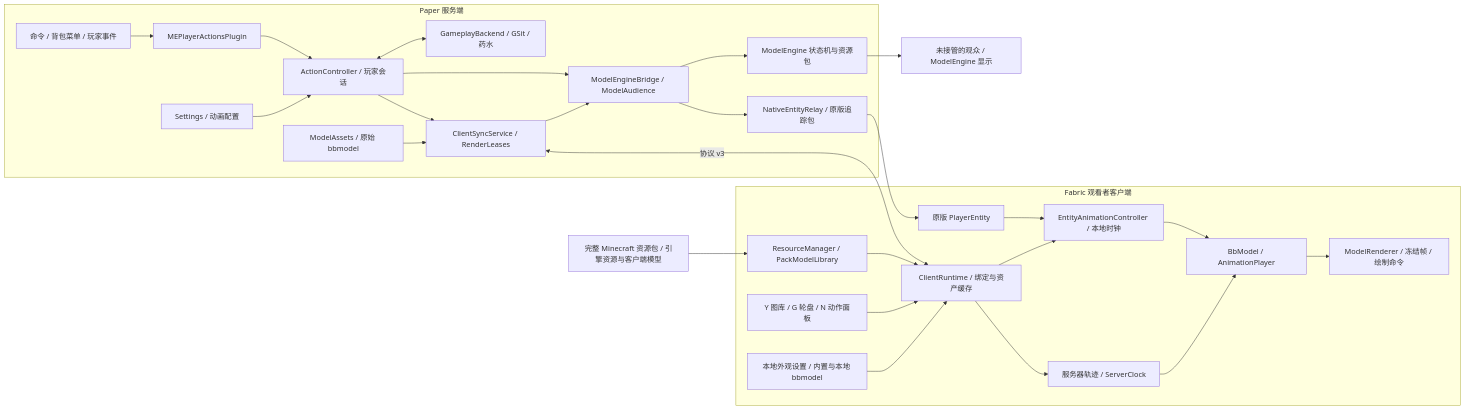
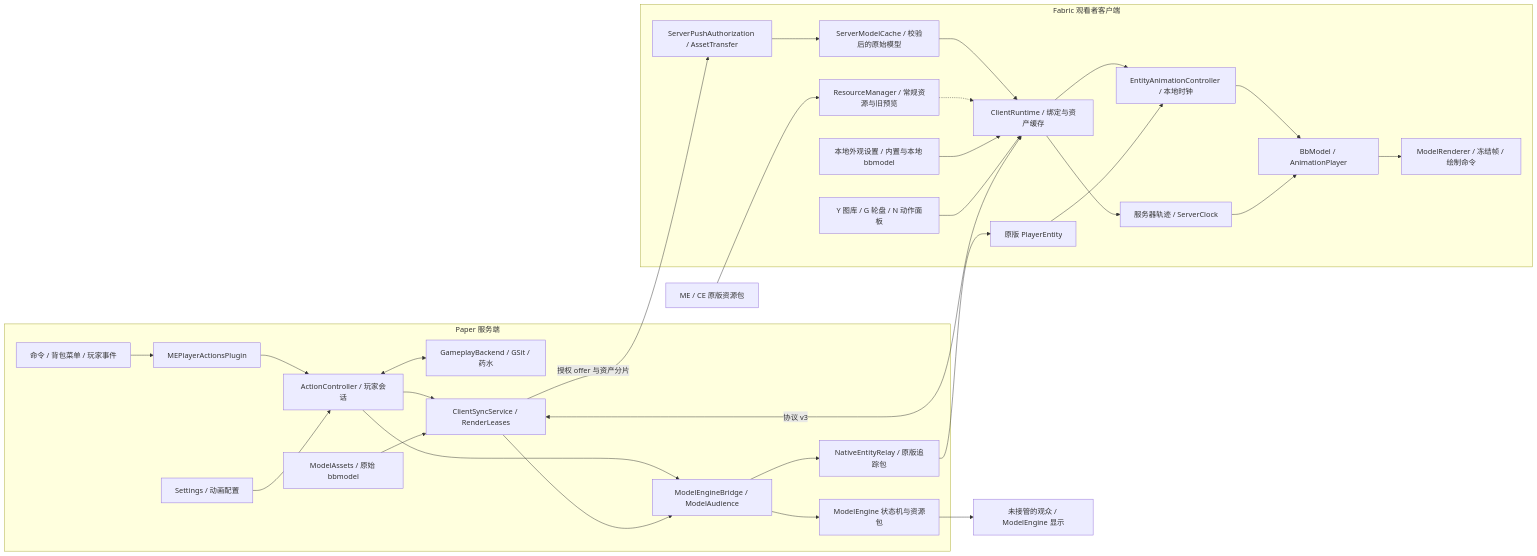
Before and after one commit to uwuhhhj/MEPlayerActions: the first of 2 diagrams in ARCHITECTURE.md, drawn with Mermaid. The commit also changed other lines of this file and 118 other files, not shown here.

First line of the commit message:
Deliver authorized model push and vanilla YSM client features

````diff
--- a/ARCHITECTURE.md
+++ b/ARCHITECTURE.md
@@ -39,49 +39,53 @@
 ```mermaid
 flowchart LR
     subgraph S[Paper 服务端]
         Input[命令 / 背包菜单 / 玩家事件]
         Entry[MEPlayerActionsPlugin]
         Settings[Settings / 动画配置]
         Actions[ActionController / 玩家会话]
         Gameplay[GameplayBackend / GSit / 药水]
         Bridge[ModelEngineBridge / ModelAudience]
         Engine[ModelEngine 状态机与资源包]
         Sync[ClientSyncService / RenderLeases]
         Assets[ModelAssets / 原始 bbmodel]
         Relay[NativeEntityRelay / 原版追踪包]
         Input --> Entry --> Actions
         Settings --> Actions
         Actions <--> Gameplay
         Actions --> Bridge --> Engine
         Actions --> Sync
         Sync --> Bridge
         Assets --> Sync
         Bridge --> Relay
     end
     Vanilla[未接管的观众 / ModelEngine 显示]
     Engine --> Vanilla
     subgraph C[Fabric 观看者客户端]
         Runtime[ClientRuntime / 绑定与资产缓存]
         Entity[原版 PlayerEntity]
         Motion[EntityAnimationController / 本地时钟]
         Timeline[服务器轨迹 / ServerClock]
         Model[BbModel / AnimationPlayer]
         Renderer[ModelRenderer / 冻结帧 / 绘制命令]
-        Resources[ResourceManager / PackModelLibrary]
+        Transfer[ServerPushAuthorization / AssetTransfer]
+        Cache[ServerModelCache / 校验后的原始模型]
+        Resources[ResourceManager / 常规资源与旧预览]
         UI[Y 图库 / G 轮盘 / N 动作面板]
         Local[本地外观设置 / 内置与本地 bbmodel]
         Runtime --> Motion
-        Resources --> Runtime
+        Transfer --> Cache --> Runtime
+        Resources -.-> Runtime
         Local --> Runtime
         Entity --> Motion
         Runtime --> Timeline
         Motion --> Model
         Timeline --> Model
         Model --> Renderer
         UI --> Runtime
     end
-    Pack[完整 Minecraft 资源包 / 引擎资源与客户端模型]
+    Pack[ME / CE 原版资源包]
     Pack --> Resources
     Sync <-->|协议 v3| Runtime
+    Sync -->|授权 offer 与资产分片| Transfer
     Relay --> Entity
 ```
````
